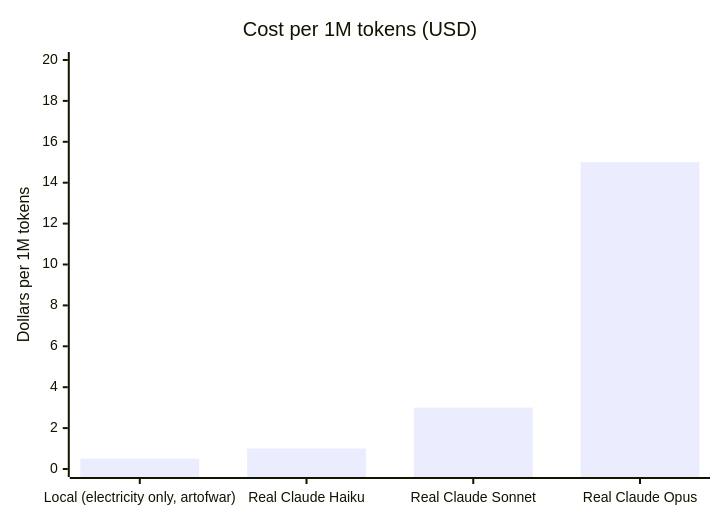
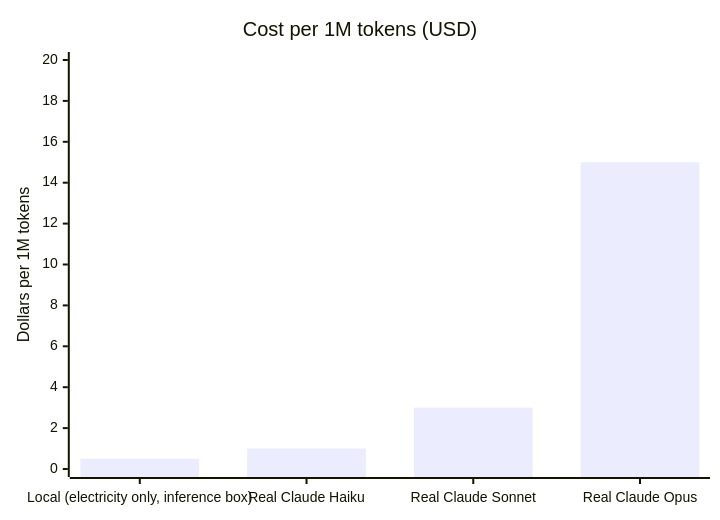
Before and after one commit to Ringmast4r/NotClaw: diagram 17 of 18 in README.md, drawn with Mermaid. The commit also changed other lines of this file and 2 other files, not shown here.

````diff
--- a/README.md
+++ b/README.md
@@ -834,7 +834,7 @@
 ```mermaid
 xychart-beta
     title "Cost per 1M tokens (USD)"
-    x-axis ["Local (electricity only, artofwar)", "Real Claude Haiku", "Real Claude Sonnet", "Real Claude Opus"]
+    x-axis ["Local (electricity only, inference box)", "Real Claude Haiku", "Real Claude Sonnet", "Real Claude Opus"]
     y-axis "Dollars per 1M tokens" 0 --> 20
     bar [0.5, 1, 3, 15]
 ```
````
